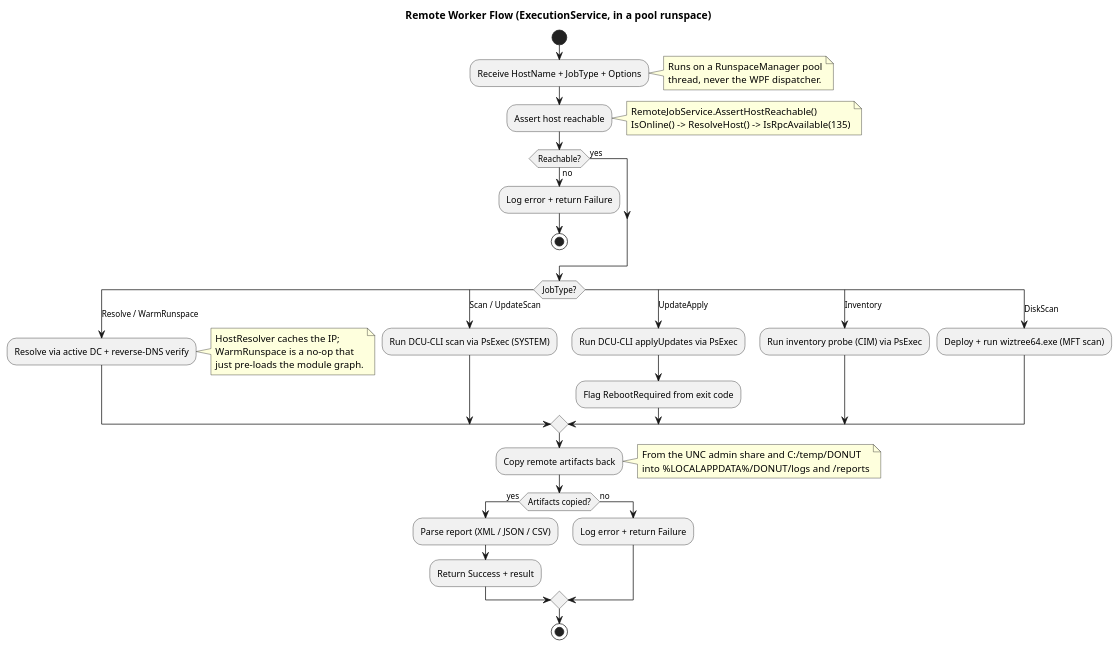
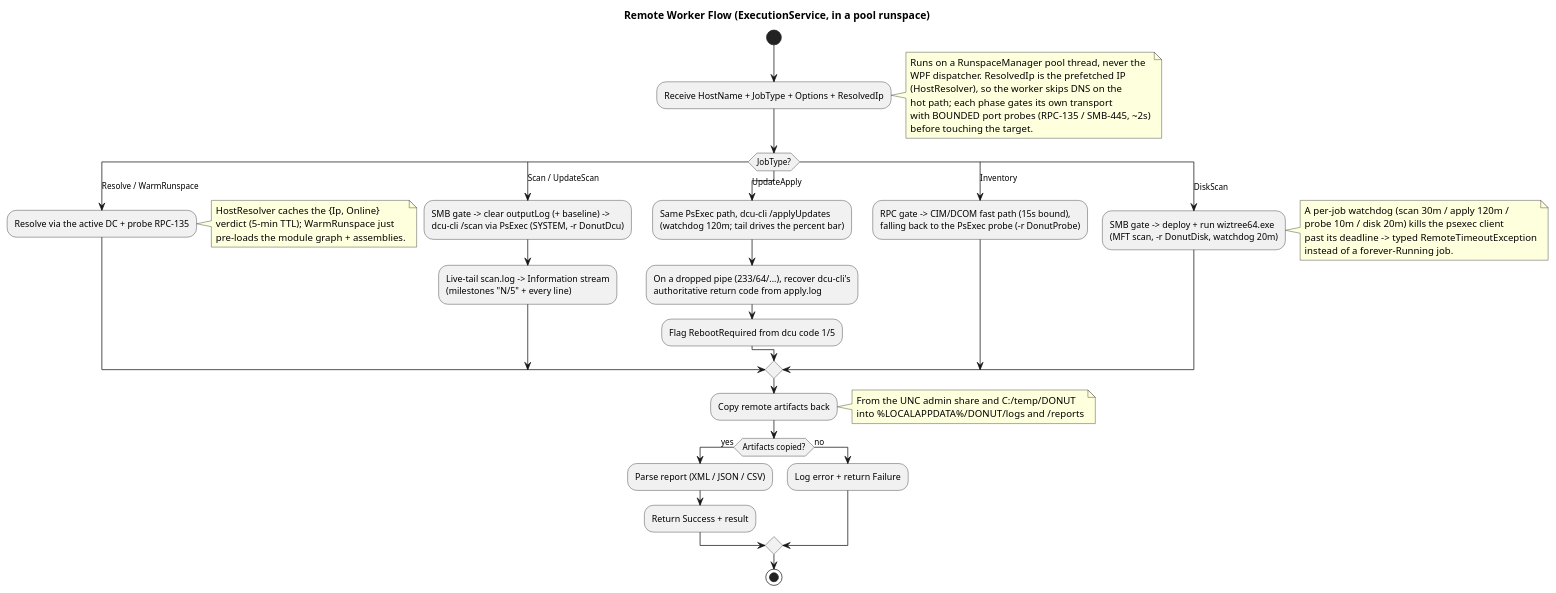
One commit to Danial-Changez/DONUT changed the diagram in docs/diagrams/activity_diagram.puml. Above: the diagram before and after it, drawn with PlantUML. The commit also changed 24 other files, not shown here.

```diff
--- a/docs/diagrams/activity_diagram.puml
+++ b/docs/diagrams/activity_diagram.puml
@@ -1,49 +1,53 @@
 @startuml Activity Diagram
 title Remote Worker Flow (ExecutionService, in a pool runspace)
 
 start
-:Receive HostName + JobType + Options;
-note right: Runs on a RunspaceManager pool\nthread, never the WPF dispatcher.
-
-:Assert host reachable;
+:Receive HostName + JobType + Options + ResolvedIp;
 note right
-  RemoteJobService.AssertHostReachable()
-  IsOnline() -> ResolveHost() -> IsRpcAvailable(135)
+  Runs on a RunspaceManager pool thread, never the
+  WPF dispatcher. ResolvedIp is the prefetched IP
+  (HostResolver), so the worker skips DNS on the
+  hot path; each phase gates its own transport
+  with BOUNDED port probes (RPC-135 / SMB-445, ~2s)
+  before touching the target.
 end note
-
-if (Reachable?) then (no)
-    :Log error + return Failure;
-    stop
-else (yes)
-endif
 
 switch (JobType?)
 case (Resolve / WarmRunspace)
-    :Resolve via active DC + reverse-DNS verify;
-    note right: HostResolver caches the IP;\nWarmRunspace is a no-op that\njust pre-loads the module graph.
+    :Resolve via the active DC + probe RPC-135;
+    note right: HostResolver caches the {Ip, Online}\nverdict (5-min TTL); WarmRunspace just\npre-loads the module graph + assemblies.
 case (Scan / UpdateScan)
-    :Run DCU-CLI scan via PsExec (SYSTEM);
+    :SMB gate -> clear outputLog (+ baseline) ->\ndcu-cli /scan via PsExec (SYSTEM, -r DonutDcu);
+    :Live-tail scan.log -> Information stream\n(milestones "N/5" + every line);
 case (UpdateApply)
-    :Run DCU-CLI applyUpdates via PsExec;
-    :Flag RebootRequired from exit code;
+    :Same PsExec path, dcu-cli /applyUpdates\n(watchdog 120m; tail drives the percent bar);
+    :On a dropped pipe (233/64/...), recover dcu-cli's
+    authoritative return code from apply.log;
+    :Flag RebootRequired from dcu code 1/5;
 case (Inventory)
-    :Run inventory probe (CIM) via PsExec;
+    :RPC gate -> CIM/DCOM fast path (15s bound),\nfalling back to the PsExec probe (-r DonutProbe);
 case (DiskScan)
-    :Deploy + run wiztree64.exe (MFT scan);
+    :SMB gate -> deploy + run wiztree64.exe\n(MFT scan, -r DonutDisk, watchdog 20m);
 endswitch
+note right
+  A per-job watchdog (scan 30m / apply 120m /
+  probe 10m / disk 20m) kills the psexec client
+  past its deadline -> typed RemoteTimeoutException
+  instead of a forever-Running job.
+end note
 
 :Copy remote artifacts back;
 note right
   From the UNC admin share and C:/temp/DONUT
   into %LOCALAPPDATA%/DONUT/logs and /reports
 end note
 
 if (Artifacts copied?) then (yes)
     :Parse report (XML / JSON / CSV);
     :Return Success + result;
 else (no)
     :Log error + return Failure;
 endif
 
 stop
 @enduml
```
